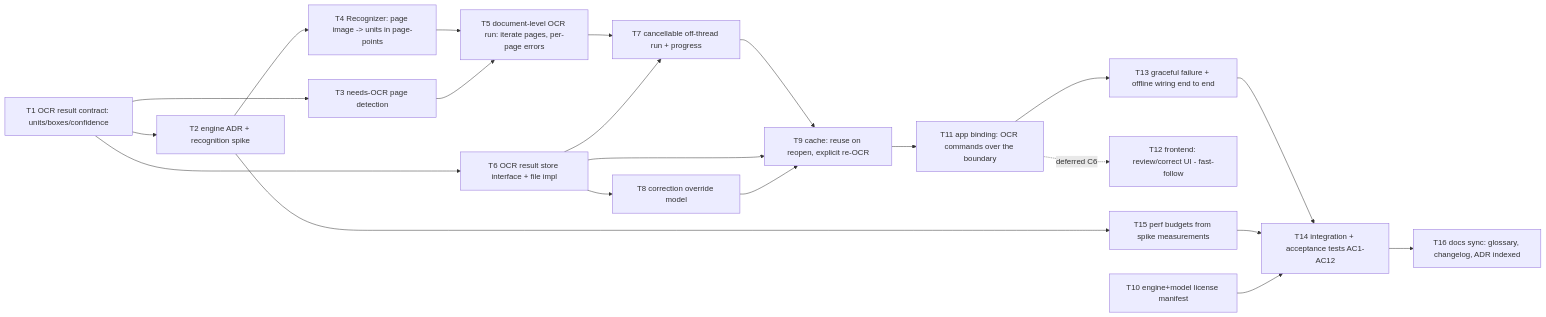
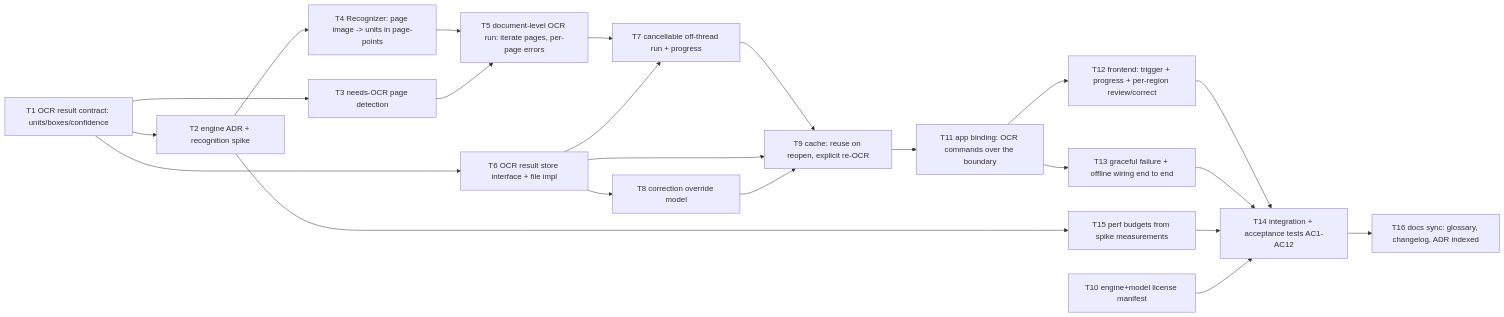
The diagram in docs/planning/ocr/critical-path.md (shrigum/Adamic), drawn with Mermaid before and after one commit. The commit also changed other lines of this file and 1 other file, not shown here.

First line of the commit message:
Resolve C6: per-region OCR review UI ships in v1 (founder decision)

````diff
--- a/docs/planning/ocr/critical-path.md
+++ b/docs/planning/ocr/critical-path.md
@@ -27,23 +26,24 @@
 ```mermaid
 graph LR
   T1[T1 OCR result contract: units/boxes/confidence] --> T2[T2 engine ADR + recognition spike]
   T1 --> T6[T6 OCR result store interface + file impl]
   T1 --> T3[T3 needs-OCR page detection]
   T2 --> T4[T4 Recognizer: page image -> units in page-points]
   T4 --> T5[T5 document-level OCR run: iterate pages, per-page errors]
   T3 --> T5
   T5 --> T7[T7 cancellable off-thread run + progress]
   T6 --> T7
   T7 --> T9[T9 cache: reuse on reopen, explicit re-OCR]
   T6 --> T9
   T2 --> T15[T15 perf budgets from spike measurements]
   T8[T8 correction override model] --> T9
   T6 --> T8
   T9 --> T11[T11 app binding: OCR commands over the boundary]
-  T11 -.deferred C6.-> T12[T12 frontend: review/correct UI - fast-follow]
+  T11 --> T12[T12 frontend: trigger + progress + per-region review/correct]
   T11 --> T13[T13 graceful failure + offline wiring end to end]
-  T13 --> T14[T14 integration + acceptance tests AC1-AC12]
+  T12 --> T14[T14 integration + acceptance tests AC1-AC12]
+  T13 --> T14
   T15 --> T14
   T10[T10 engine+model license manifest] --> T14
   T14 --> T16[T16 docs sync: glossary, changelog, ADR indexed]
 ```
````
